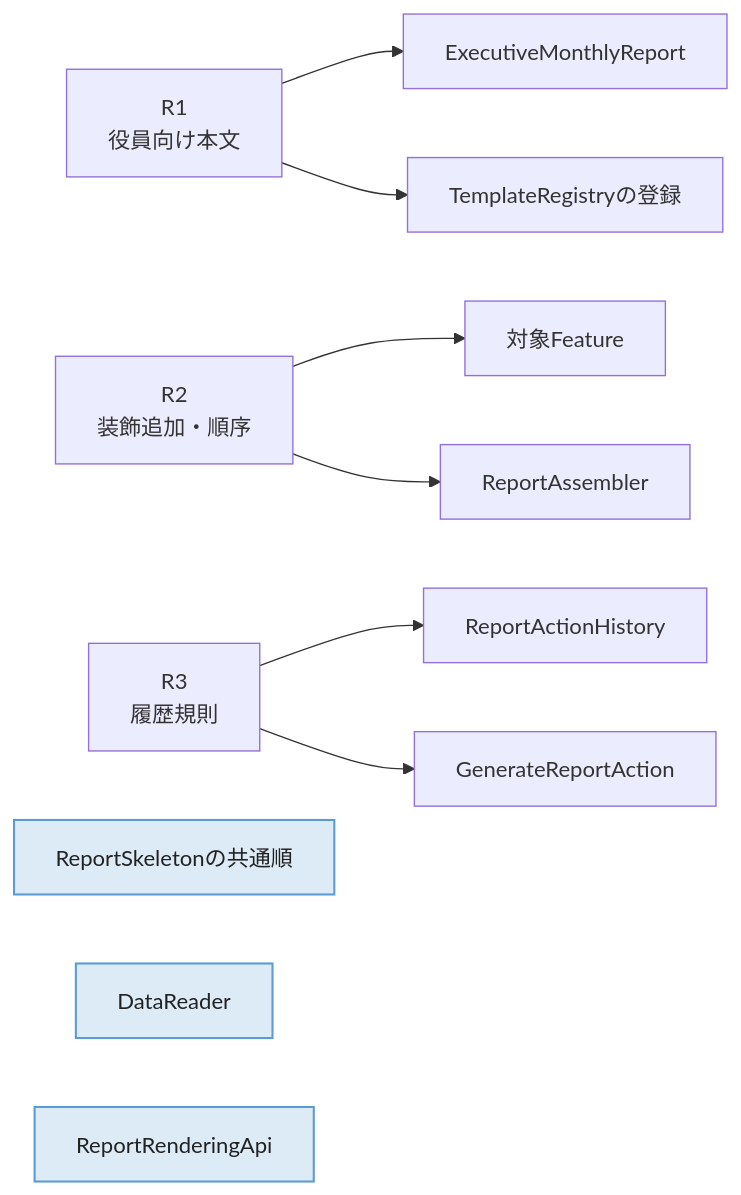
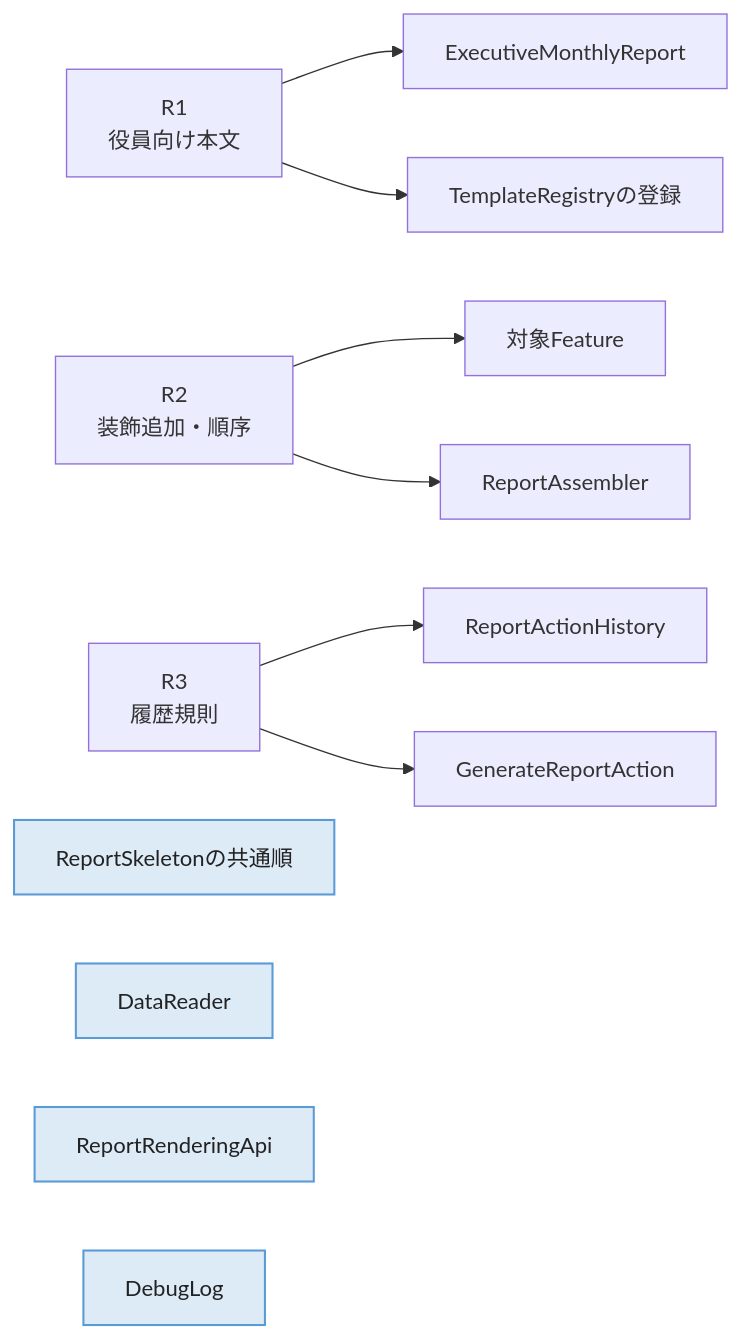
One commit to kumachan1101-pixel/DesignPattern changed diagram 12 of 15 in kindle/design-patterns/output/chapter11.md. Above: the diagram before and after it, drawn with Mermaid. The commit also changed other lines of this file and 7 other files, not shown here.

````diff
--- a/kindle/design-patterns/output/chapter11.md
+++ b/kindle/design-patterns/output/chapter11.md
@@ -2443,15 +2645,16 @@
 ```mermaid
 graph LR
     R1["R1<br/>役員向け本文"] --> B1["ExecutiveMonthlyReport"]
     R1 --> REG["TemplateRegistryの登録"]
     R2["R2<br/>装飾追加・順序"] --> F["対象Feature"]
     R2 --> ASM["ReportAssembler"]
     R3["R3<br/>履歴規則"] --> H["ReportActionHistory"]
     R3 --> C["GenerateReportAction"]
 
     ST["ReportSkeletonの共通順"]:::stable
     DR["DataReader"]:::stable
     API["ReportRenderingApi"]:::stable
+    LOG["DebugLog"]:::stable
 
     classDef stable fill:#DDEBF7,stroke:#5B9BD5,stroke-width:1.5px,color:#222
 ```
````
